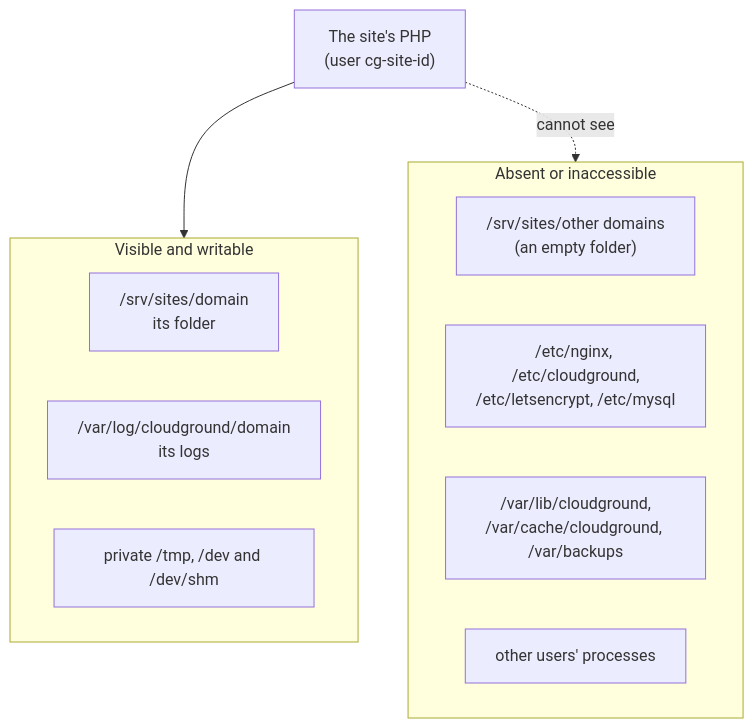
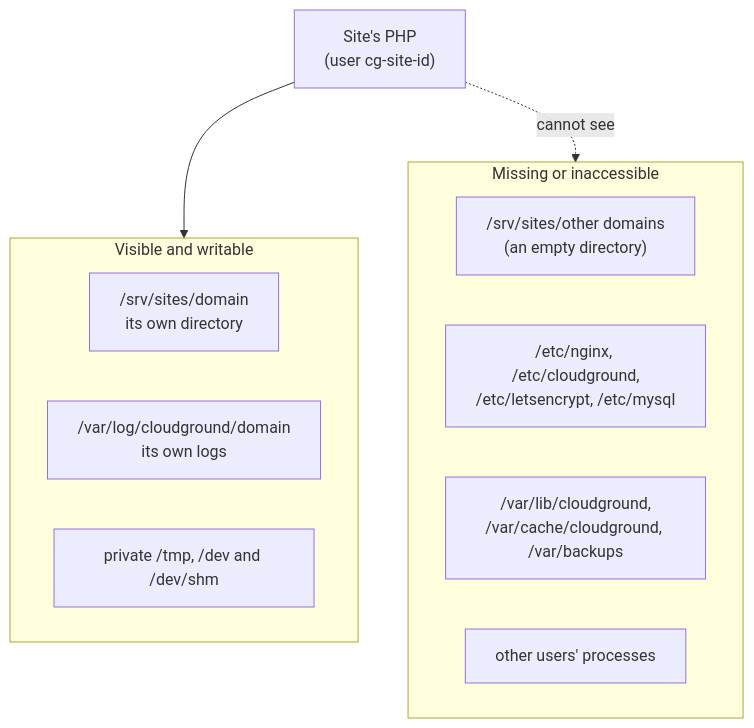
One commit to cloudground-it/cloudground-docs changed the diagram in i18n/en/docusaurus-plugin-content-docs/current/explanation/site-isolation.mdx. Above: the diagram before and after it, drawn with Mermaid. The commit also changed other lines of this file and 21 other files, not shown here.

````diff
--- a/i18n/en/docusaurus-plugin-content-docs/current/explanation/site-isolation.mdx
+++ b/i18n/en/docusaurus-plugin-content-docs/current/explanation/site-isolation.mdx
@@ -41,17 +44,17 @@
 ```mermaid
 flowchart TB
-    php["The site's PHP<br/>(user cg-site-id)"]
+    php["Site's PHP<br/>(user cg-site-id)"]
     subgraph visible["Visible and writable"]
-        tree["/srv/sites/domain<br/>its folder"]
-        logs["/var/log/cloudground/domain<br/>its logs"]
+        tree["/srv/sites/domain<br/>its own directory"]
+        logs["/var/log/cloudground/domain<br/>its own logs"]
         tmp["private /tmp, /dev and /dev/shm"]
     end
-    subgraph hidden["Absent or inaccessible"]
-        others["/srv/sites/other domains<br/>(an empty folder)"]
+    subgraph hidden["Missing or inaccessible"]
+        others["/srv/sites/other domains<br/>(an empty directory)"]
         conf["/etc/nginx, /etc/cloudground,<br/>/etc/letsencrypt, /etc/mysql"]
         state["/var/lib/cloudground,<br/>/var/cache/cloudground, /var/backups"]
         procs["other users' processes"]
     end
     php --> visible
     php -.->|cannot see| hidden
 ```
````
